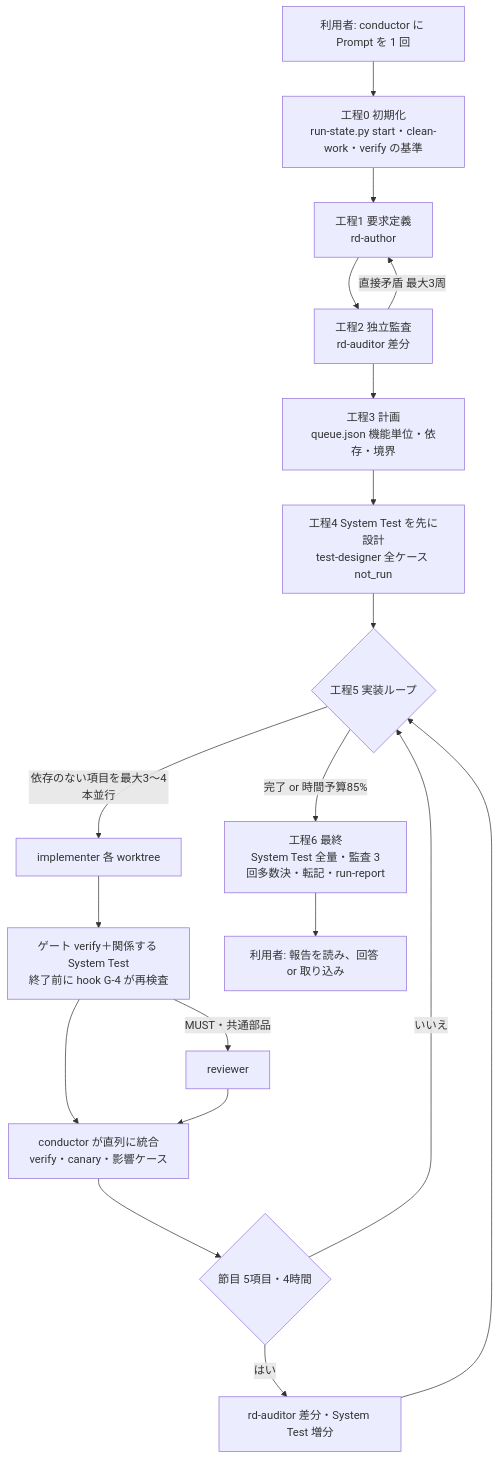
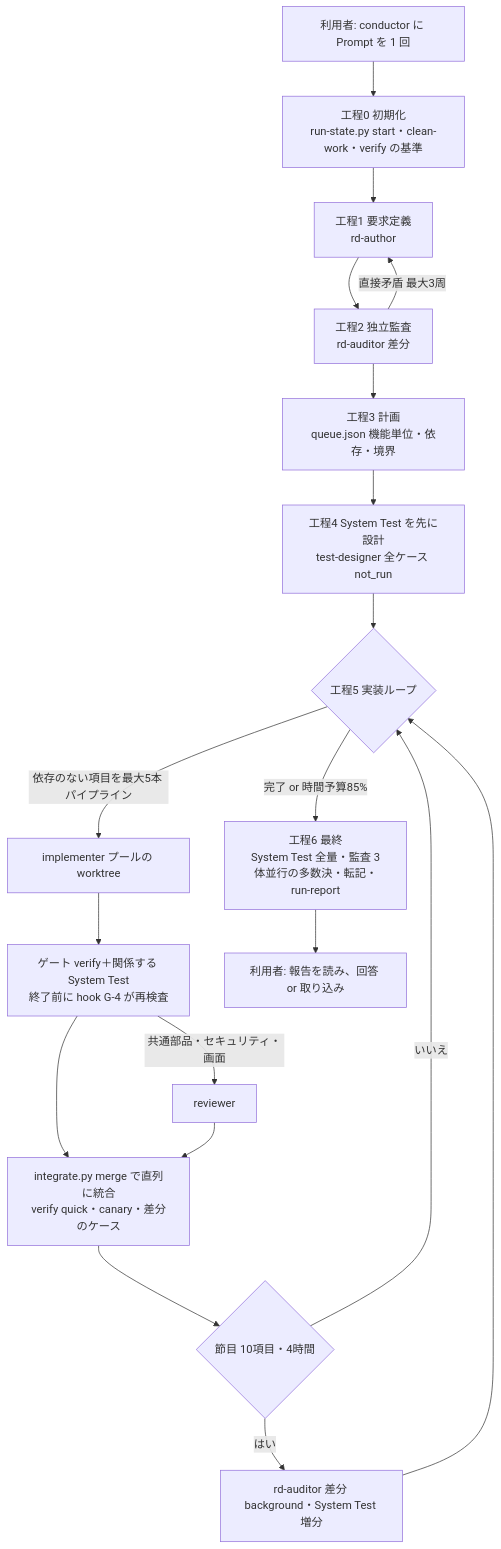
Before and after one commit to dahatake/HypervelocityEngineering: the diagram in README.md, drawn with Mermaid. The commit also changed other lines of this file and 30 other files, not shown here.

````diff
--- a/README.md
+++ b/README.md
@@ -102,20 +103,20 @@
 ```mermaid
 flowchart TD
   P[利用者: conductor に Prompt を 1 回] --> S0[工程0 初期化<br/>run-state.py start・clean-work・verify の基準]
   S0 --> S1[工程1 要求定義<br/>rd-author]
   S1 --> A1[工程2 独立監査<br/>rd-auditor 差分]
   A1 -->|直接矛盾 最大3周| S1
   A1 --> S3[工程3 計画<br/>queue.json 機能単位・依存・境界]
   S3 --> S4[工程4 System Test を先に設計<br/>test-designer 全ケース not_run]
   S4 --> L{工程5 実装ループ}
-  L -->|依存のない項目を最大3〜4本並行| W[implementer 各 worktree]
+  L -->|依存のない項目を最大5本 パイプライン| W[implementer プールの worktree]
   W --> G[ゲート verify＋関係する System Test<br/>終了前に hook G-4 が再検査]
-  G -->|MUST・共通部品| RV[reviewer]
-  G --> M[conductor が直列に統合<br/>verify・canary・影響ケース]
+  G -->|共通部品・セキュリティ・画面| RV[reviewer]
+  G --> M[integrate.py merge で直列に統合<br/>verify quick・canary・差分のケース]
   RV --> M
-  M --> K{節目 5項目・4時間}
-  K -->|はい| A2[rd-auditor 差分・System Test 増分] --> L
+  M --> K{節目 10項目・4時間}
+  K -->|はい| A2[rd-auditor 差分 background・System Test 増分] --> L
   K -->|いいえ| L
-  L -->|完了 or 時間予算85%| F[工程6 最終<br/>System Test 全量・監査 3回多数決・転記・run-report]
+  L -->|完了 or 時間予算85%| F[工程6 最終<br/>System Test 全量・監査 3体並行の多数決・転記・run-report]
   F --> U[利用者: 報告を読み、回答 or 取り込み]
 ```
````
